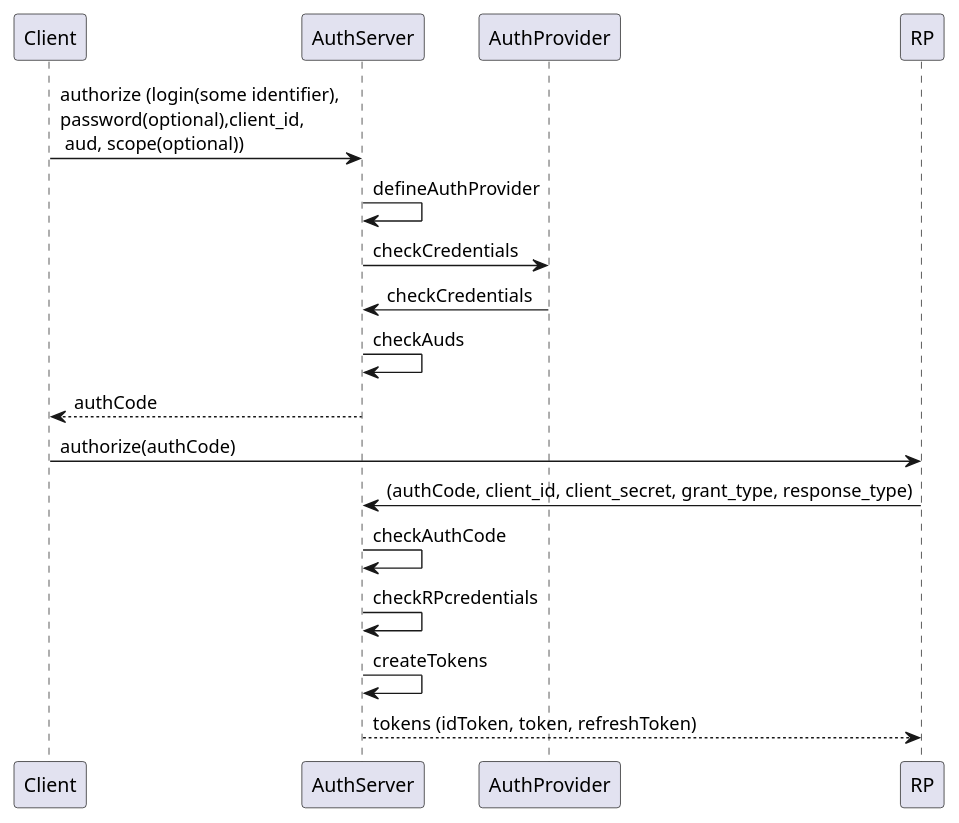
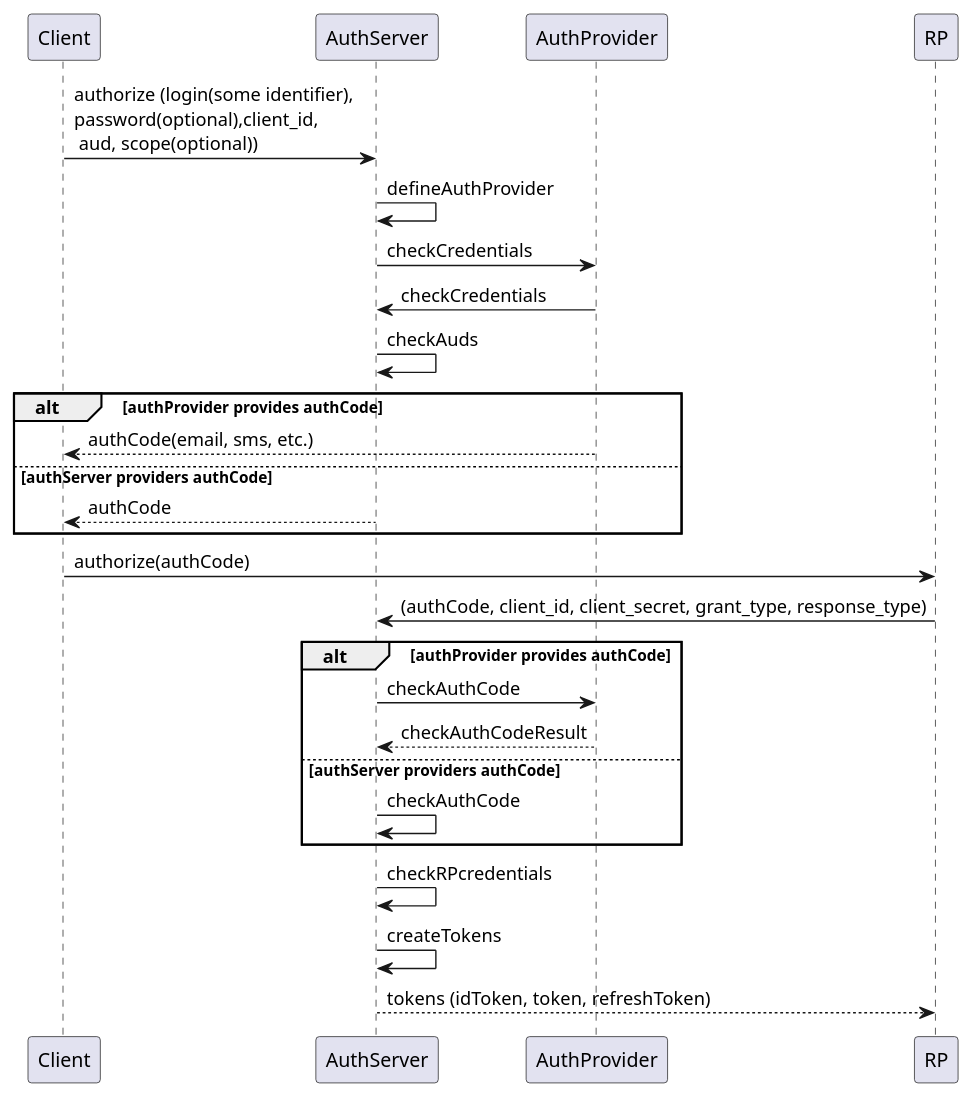
The diagram in domain/src/main/doc/AuthCodeAuthentication.puml (alfa-laboratory/ratauth), drawn with PlantUML before and after one commit. The commit also changed 22 other files, not shown here.

```diff
--- a/domain/src/main/doc/AuthCodeAuthentication.puml
+++ b/domain/src/main/doc/AuthCodeAuthentication.puml
@@ -1,14 +1,23 @@
 @startuml
 Client -> AuthServer: authorize (login(some identifier),\npassword(optional),client_id,\n aud, scope(optional))
 AuthServer -> AuthServer: defineAuthProvider
 AuthServer -> AuthProvider: checkCredentials
 AuthServer <- AuthProvider: checkCredentials
 AuthServer -> AuthServer: checkAuds
-AuthServer --> Client: authCode
+alt authProvider provides authCode
+ Client <-- AuthProvider: authCode(email, sms, etc.)
+else authServer providers authCode
+ Client <-- AuthServer: authCode
+end
 Client -> RP: authorize(authCode)
 AuthServer <- RP : (authCode, client_id, client_secret, grant_type, response_type)
-AuthServer -> AuthServer: checkAuthCode
+alt authProvider provides authCode
+ AuthServer -> AuthProvider: checkAuthCode
+ AuthServer <-- AuthProvider: checkAuthCodeResult
+else authServer providers authCode
+ AuthServer -> AuthServer: checkAuthCode
+end
 AuthServer -> AuthServer: checkRPcredentials
 AuthServer -> AuthServer: createTokens
 AuthServer --> RP: tokens (idToken, token, refreshToken)
 @enduml
```
